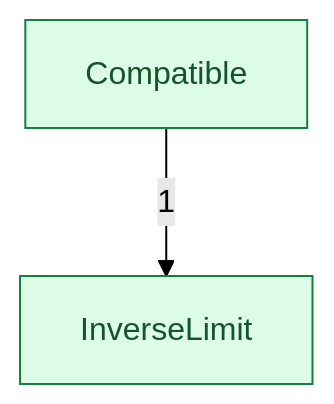
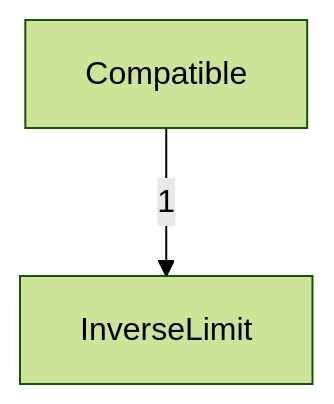
One commit to catskillsresearch/DomainTheory changed the diagram in DomainTheory/ContinuousLattice/InverseLimits/1972_Inverse_system.mermaid. Above: the diagram before and after it, drawn with Mermaid (forest theme). The commit also changed 216 other files, not shown here.

```diff
--- a/DomainTheory/ContinuousLattice/InverseLimits/1972_Inverse_system.mermaid
+++ b/DomainTheory/ContinuousLattice/InverseLimits/1972_Inverse_system.mermaid
@@ -1,12 +1,9 @@
-%% The inverse system.
+%% Lean files imported under this note.
 %% Arrowhead on the importer. The number is a direct-import count.
 %% An arrow already implied by a longer path is omitted.
 flowchart TB
 
-  COMP["Compatible"]
-  LIM["InverseLimit"]
+  InverseLimits_Compatible["Compatible"]
+  InverseLimits_InverseLimit["InverseLimit"]
 
-  COMP -->|"1"| LIM
-
-  classDef concept fill:#dcfce7,stroke:#15803d,color:#14532d
-  class COMP,LIM concept
+  InverseLimits_Compatible -->|"1"| InverseLimits_InverseLimit
```
